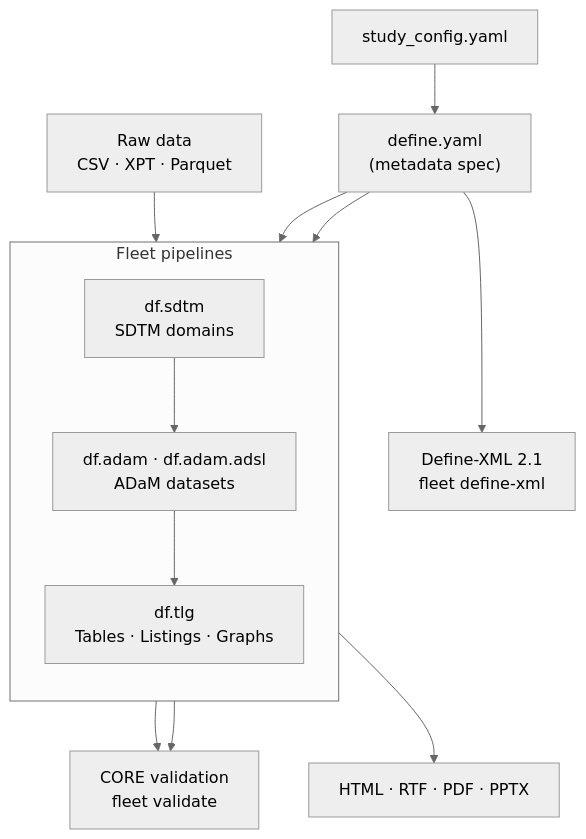
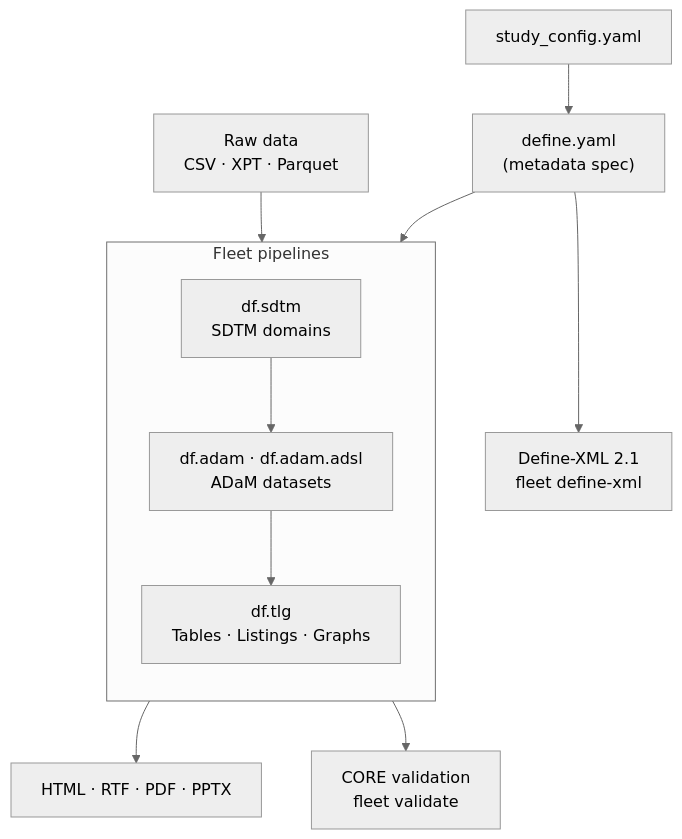
The diagram in docs/index.md (RealSlimMahdi/fleet-cdisc), drawn with Mermaid (neutral theme) before and after one commit. The commit also changed 2 other files, not shown here.

Commit message:
feat(docs): enhance pick() documentation with clearer flowchart structure

````diff
--- a/docs/index.md
+++ b/docs/index.md
@@ -137,22 +137,19 @@
 ```mermaid
 flowchart TD
     CFG["study_config.yaml"] --> SPEC["define.yaml<br/>(metadata spec)"]
     RAW["Raw data<br/>CSV · XPT · Parquet"] --> SDTM
 
     subgraph FLEET["Fleet pipelines"]
         direction TB
         SDTM["df.sdtm<br/>SDTM domains"]
         ADAM["df.adam · df.adam.adsl<br/>ADaM datasets"]
         TLG["df.tlg<br/>Tables · Listings · Graphs"]
         SDTM --> ADAM
         ADAM --> TLG
     end
 
-    SPEC --> SDTM
-    SPEC --> ADAM
-
-    SDTM --> VAL["CORE validation<br/>fleet validate"]
-    ADAM --> VAL
+    SPEC --> FLEET
+    FLEET --> VAL["CORE validation<br/>fleet validate"]
     SPEC --> XML["Define-XML 2.1<br/>fleet define-xml"]
     TLG --> OUT["HTML · RTF · PDF · PPTX"]
 ```
````
